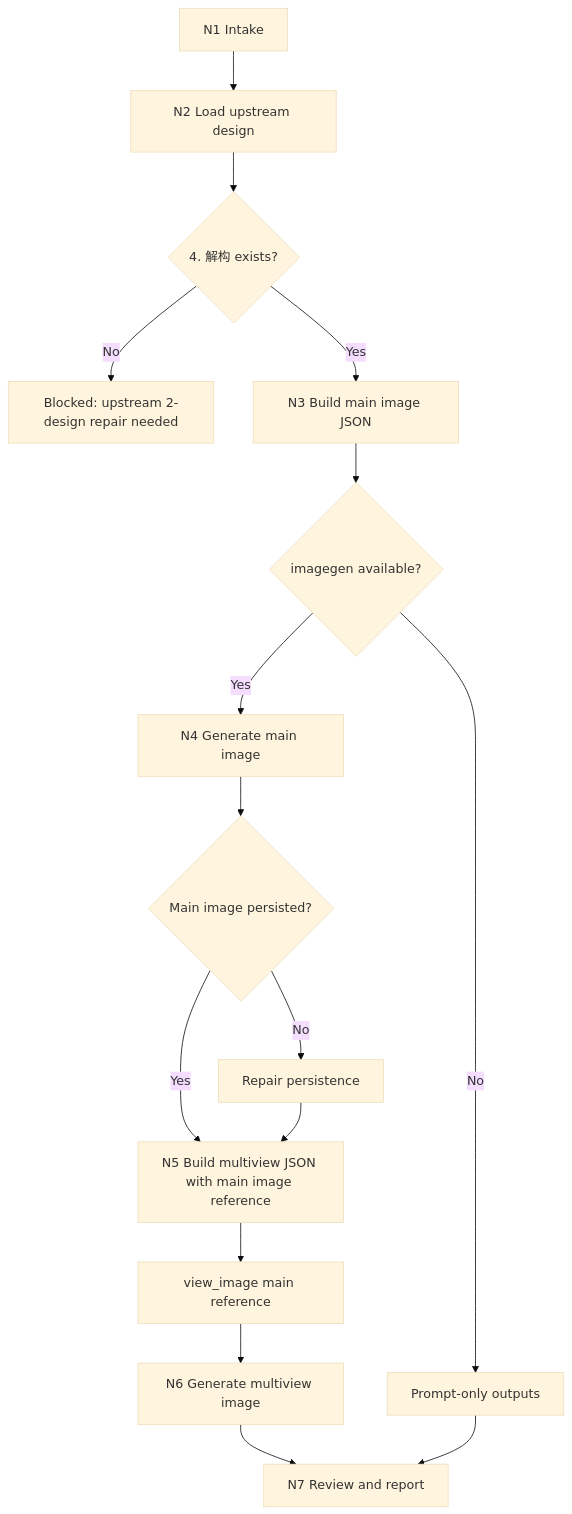
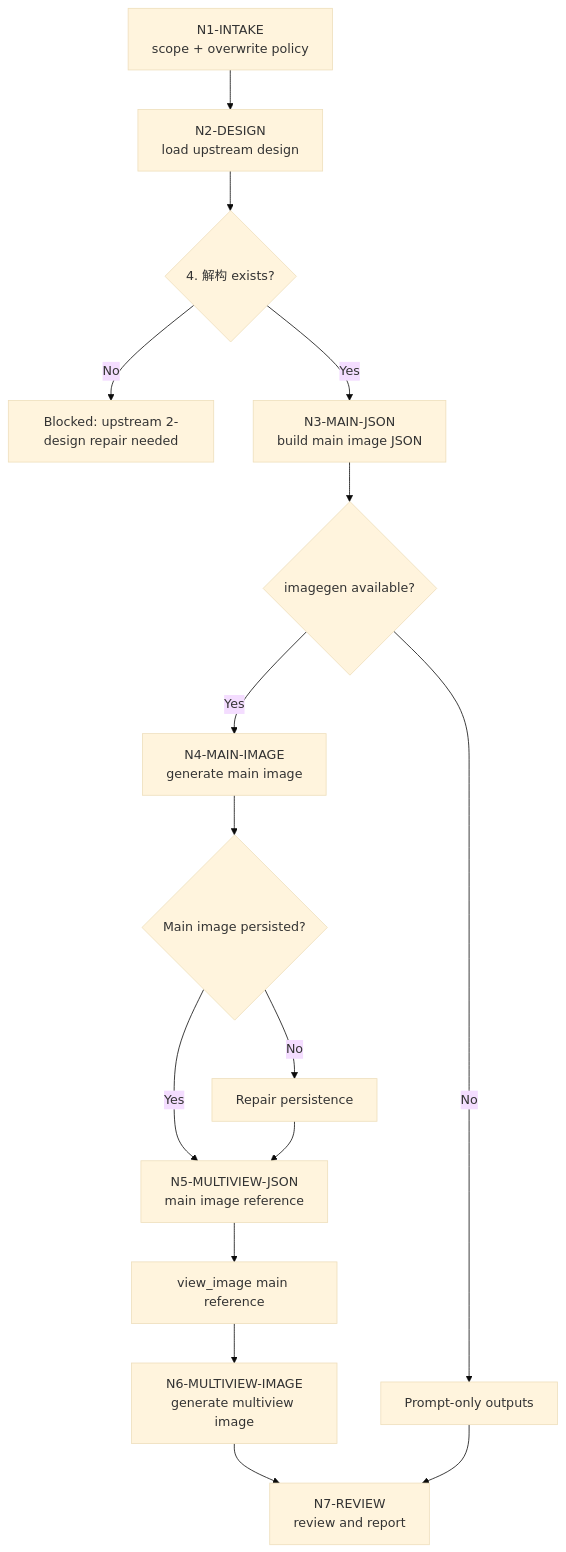
One commit to ZEN-VOID/AI-CUT changed the first of 3 diagrams in .agents/skills/aigc/5-设计/角色/3-生成/steps/character-generation-workflow.md. Above: the diagram before and after it, drawn with Mermaid (base theme). The commit also changed 41 other files, not shown here.

````diff
--- a/.agents/skills/aigc/5-设计/角色/3-生成/steps/character-generation-workflow.md
+++ b/.agents/skills/aigc/5-设计/角色/3-生成/steps/character-generation-workflow.md
@@ -7,18 +7,18 @@
 ```mermaid
 flowchart TD
-    A["N1 Intake"] --> B["N2 Load upstream design"]
+    A["N1-INTAKE<br/>scope + overwrite policy"] --> B["N2-DESIGN<br/>load upstream design"]
     B --> C{"4. 解构 exists?"}
     C -->|"No"| D["Blocked: upstream 2-design repair needed"]
-    C -->|"Yes"| E["N3 Build main image JSON"]
+    C -->|"Yes"| E["N3-MAIN-JSON<br/>build main image JSON"]
     E --> F{"imagegen available?"}
     F -->|"No"| G["Prompt-only outputs"]
-    F -->|"Yes"| H["N4 Generate main image"]
+    F -->|"Yes"| H["N4-MAIN-IMAGE<br/>generate main image"]
     H --> I{"Main image persisted?"}
     I -->|"No"| J["Repair persistence"]
-    I -->|"Yes"| K["N5 Build multiview JSON with main image reference"]
+    I -->|"Yes"| K["N5-MULTIVIEW-JSON<br/>main image reference"]
     K --> V["view_image main reference"]
-    V --> L["N6 Generate multiview image"]
-    L --> M["N7 Review and report"]
+    V --> L["N6-MULTIVIEW-IMAGE<br/>generate multiview image"]
+    L --> M["N7-REVIEW<br/>review and report"]
     G --> M
     J --> K
 ```
````
